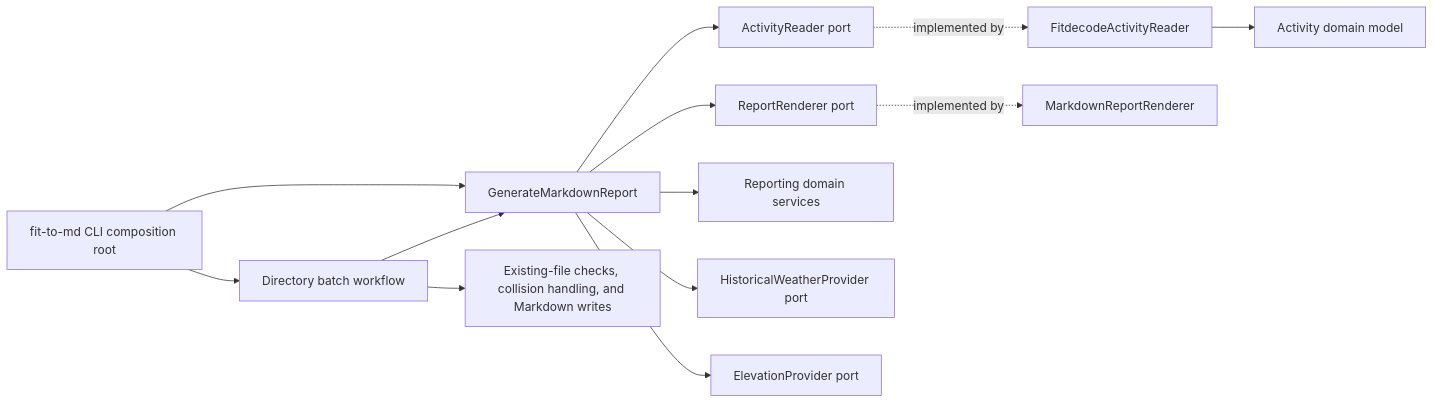
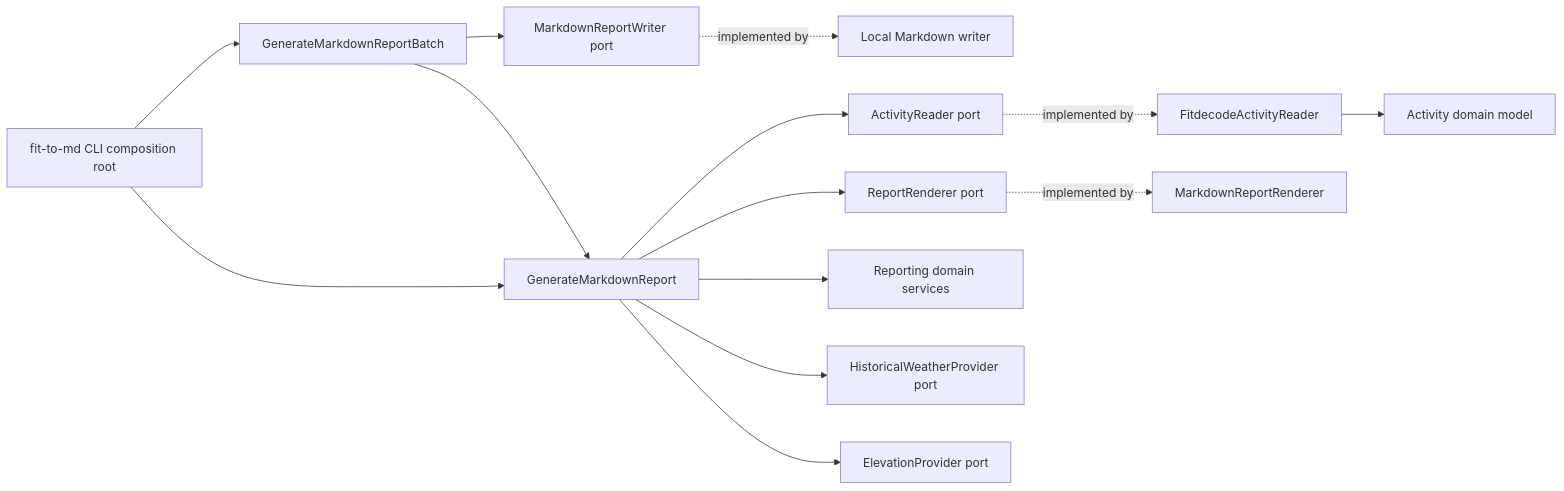
Before and after one commit to andre-bazaille/fitToMd: the first of 2 diagrams in docs/architecture.md, drawn with Mermaid. The commit also changed other lines of this file and 14 other files, not shown here.

First line of the commit message:
refactor: move batch report processing into application layer

````diff
--- a/docs/architecture.md
+++ b/docs/architecture.md
@@ -56,15 +56,16 @@
 ```mermaid
 flowchart LR
-    CLI[fit-to-md CLI composition root] --> BATCH[Directory batch workflow]
+    CLI[fit-to-md CLI composition root] --> BATCH[GenerateMarkdownReportBatch]
     CLI --> APP[GenerateMarkdownReport]
     BATCH --> APP
-    BATCH --> FILES[Existing-file checks, collision handling, and Markdown writes]
+    BATCH --> WRITER[MarkdownReportWriter port]
+    WRITER -. implemented by .-> FILES[Local Markdown writer]
     APP --> READER[ActivityReader port]
     APP --> RENDERER[ReportRenderer port]
     APP --> SERVICES[Reporting domain services]
     APP --> WEATHER[HistoricalWeatherProvider port]
     APP --> ELEVATION[ElevationProvider port]
     READER -. implemented by .-> FIT[FitdecodeActivityReader]
     RENDERER -. implemented by .-> MD[MarkdownReportRenderer]
     FIT --> ACTIVITY[Activity domain model]
 ```
````
